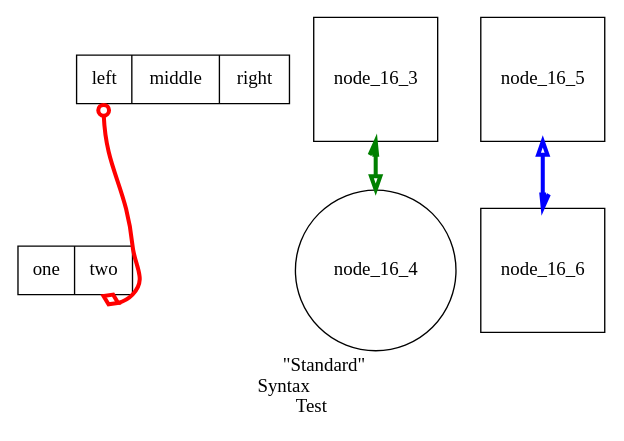
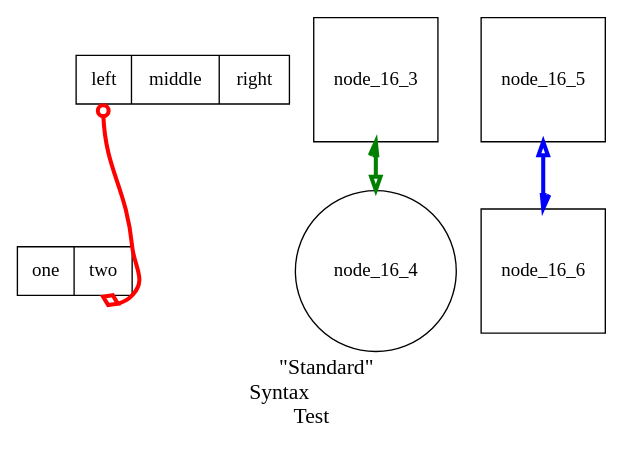
One commit to graphviz-perl/GraphViz2-Marpa changed the diagram in data/16.gv. Above: the diagram before and after it, drawn with Graphviz. The commit also changed 1 other file, not shown here.

```diff
--- a/data/16.gv
+++ b/data/16.gv
@@ -1,65 +1,66 @@
 /* C comment. */
 
 // C++ comment.
 
 # Hash comment.
 
 STRICT digraph graph_16
 {
-	label = "\"Standard\"\rSyntax\lTest"
-	size  = "5,6"
+	fontsize = 16.0
+	label    = "\"Standard\"\rSyntax\lTest"
+	size     = "5,6"
 
 	node
 	[
 		shape = "record",
 	];
 
 	edge
 	[
 		color = "red"
 		penwidth = 3,
 	];
 
 	node_16_1
 	[
 		label    = "<p11> left|<p12> middle|<p13> right"
 		pencolor = blue
 	]
 
 	node_16_2
 	[
 		pencolor = green
 		label    = "<p21> one|<p22> two"
 	]
 
 	node_16_1:p11 -> node_16_2:p22:s
 	[
 		arrowhead = "odiamond";
 		arrowtail = "odot",
 		color     = red
 		dir       = both;
 	];
 
 	subgraph subgraph_16_1
 	{
 		node [shape = square]
 
 		label = ""
 
 		node_16_3 -> { node [shape = circle] node_16_4 }
 		[
 			arrowhead = "empty",
 			arrowtail = "halfopen"
 			color     = green
 			dir       = "both",
 		]
 
 		node_16_5 -> node_16_6
 		[
 			arrowhead = "halfopen",
 			arrowtail = "empty"
 			color     = blue
 			dir       = "both",
 		]
 	}
 }
```
